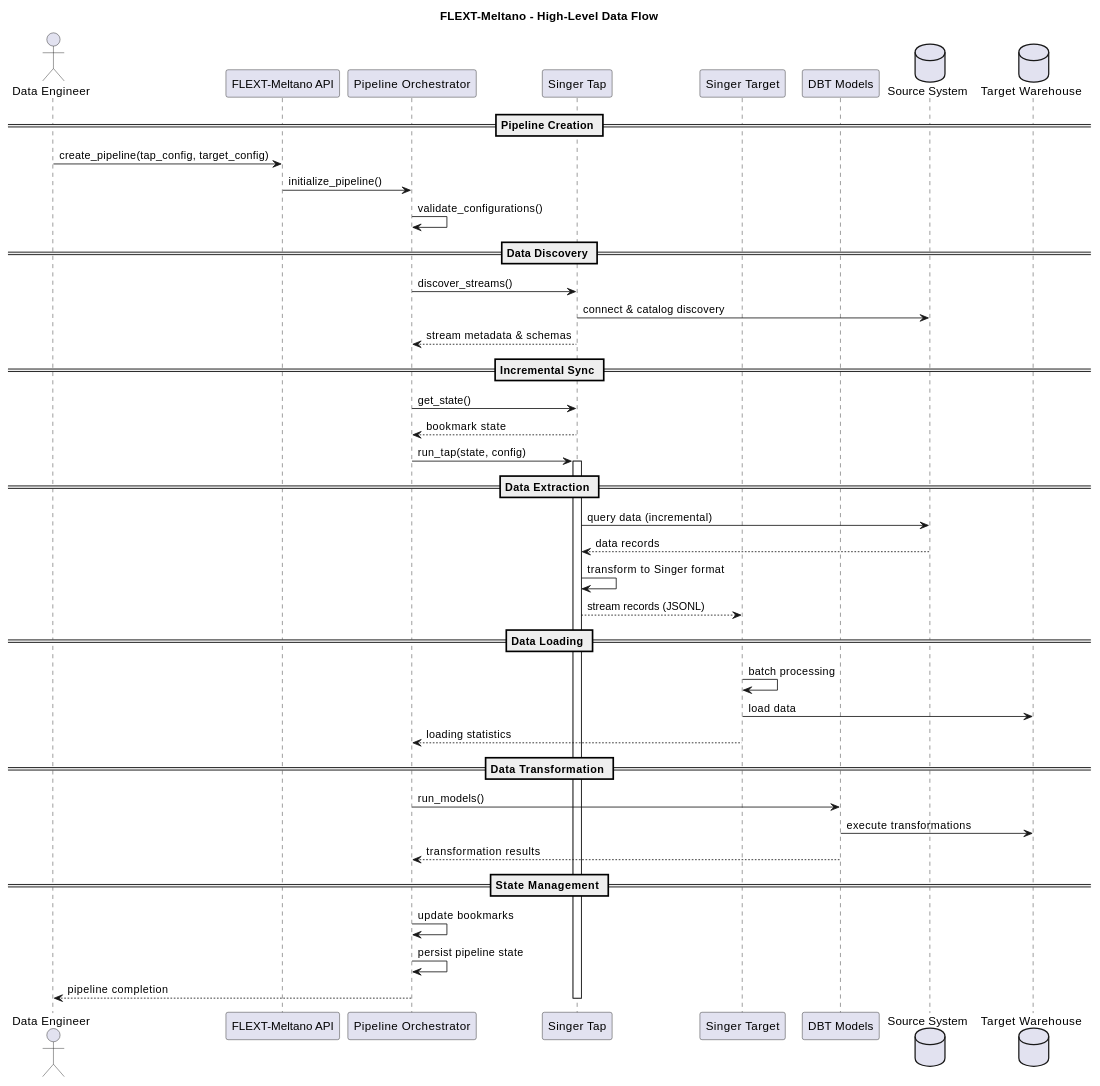
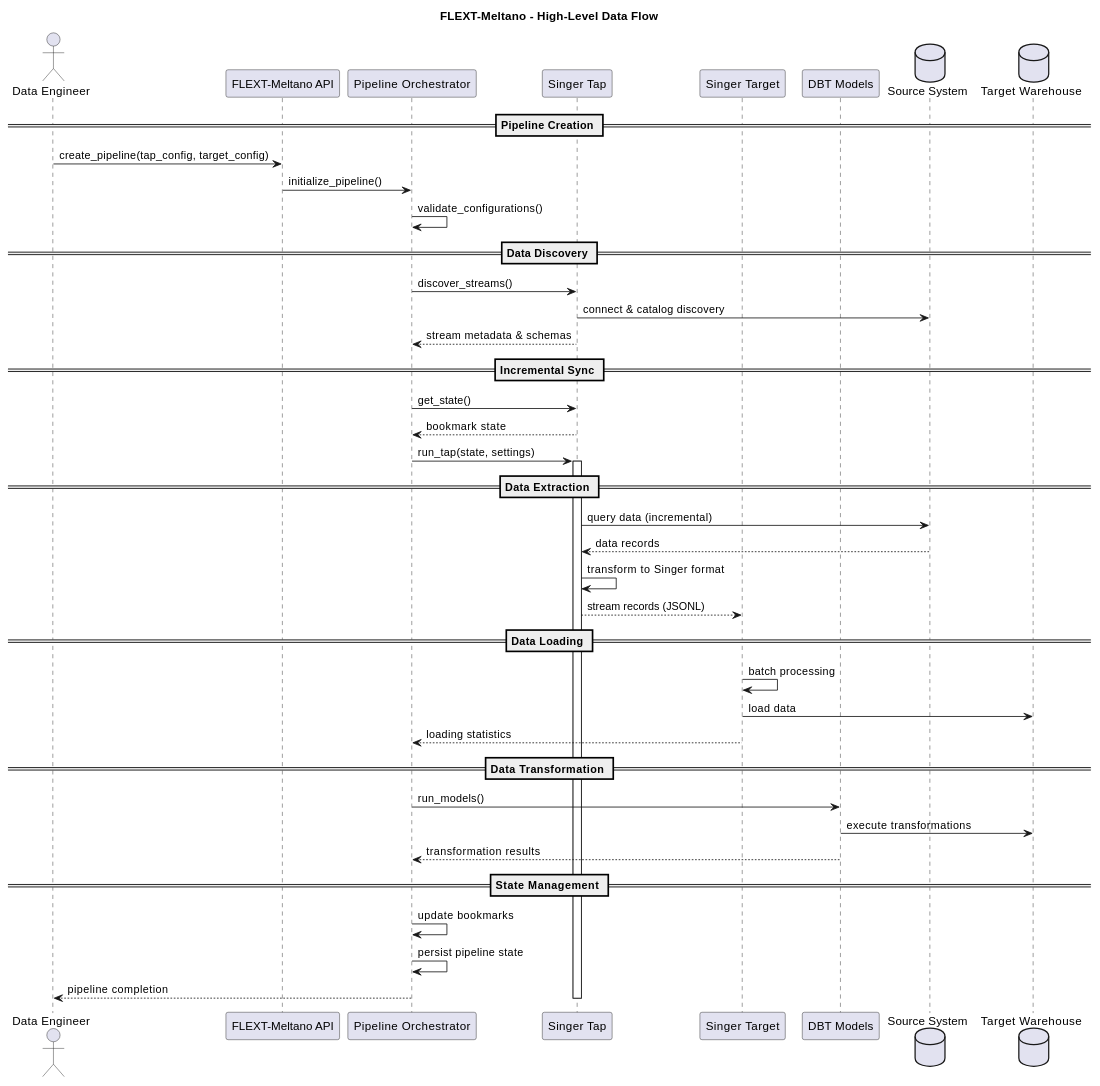
One commit to flext-sh/flext-meltano changed the first of 4 diagrams in docs/architecture/data-architecture.md. Above: the diagram before and after it, drawn with PlantUML. The commit also changed 70 other files, not shown here.

````diff
--- a/docs/architecture/data-architecture.md
+++ b/docs/architecture/data-architecture.md
@@ -58,53 +58,53 @@
 ```plantuml
 @startuml FLEXT-Meltano Data Flow Architecture
 title FLEXT-Meltano - High-Level Data Flow
 
 actor "Data Engineer" as user
 participant "FLEXT-Meltano API" as api
 participant "Pipeline Orchestrator" as orchestrator
 participant "Singer Tap" as tap
 participant "Singer Target" as target
 participant "DBT Models" as dbt
 database "Source System" as source
 database "Target Warehouse" as warehouse
 
 == Pipeline Creation ==
 user -> api: create_pipeline(tap_config, target_config)
 api -> orchestrator: initialize_pipeline()
 orchestrator -> orchestrator: validate_configurations()
 
 == Data Discovery ==
 orchestrator -> tap: discover_streams()
 tap -> source: connect & catalog discovery
 tap --> orchestrator: stream metadata & schemas
 
 == Incremental Sync ==
 orchestrator -> tap: get_state()
 tap --> orchestrator: bookmark state
-orchestrator -> tap: run_tap(state, config)
+orchestrator -> tap: run_tap(state, settings)
 activate tap
 
 == Data Extraction ==
 tap -> source: query data (incremental)
 source --> tap: data records
 tap -> tap: transform to Singer format
 tap --> target: stream records (JSONL)
 
 == Data Loading ==
 target -> target: batch processing
 target -> warehouse: load data
 target --> orchestrator: loading statistics
 
 == Data Transformation ==
 orchestrator -> dbt: run_models()
 dbt -> warehouse: execute transformations
 dbt --> orchestrator: transformation results
 
 == State Management ==
 orchestrator -> orchestrator: update bookmarks
 orchestrator -> orchestrator: persist pipeline state
 orchestrator --> user: pipeline completion
 
 deactivate tap
 @enduml
 ```
````
